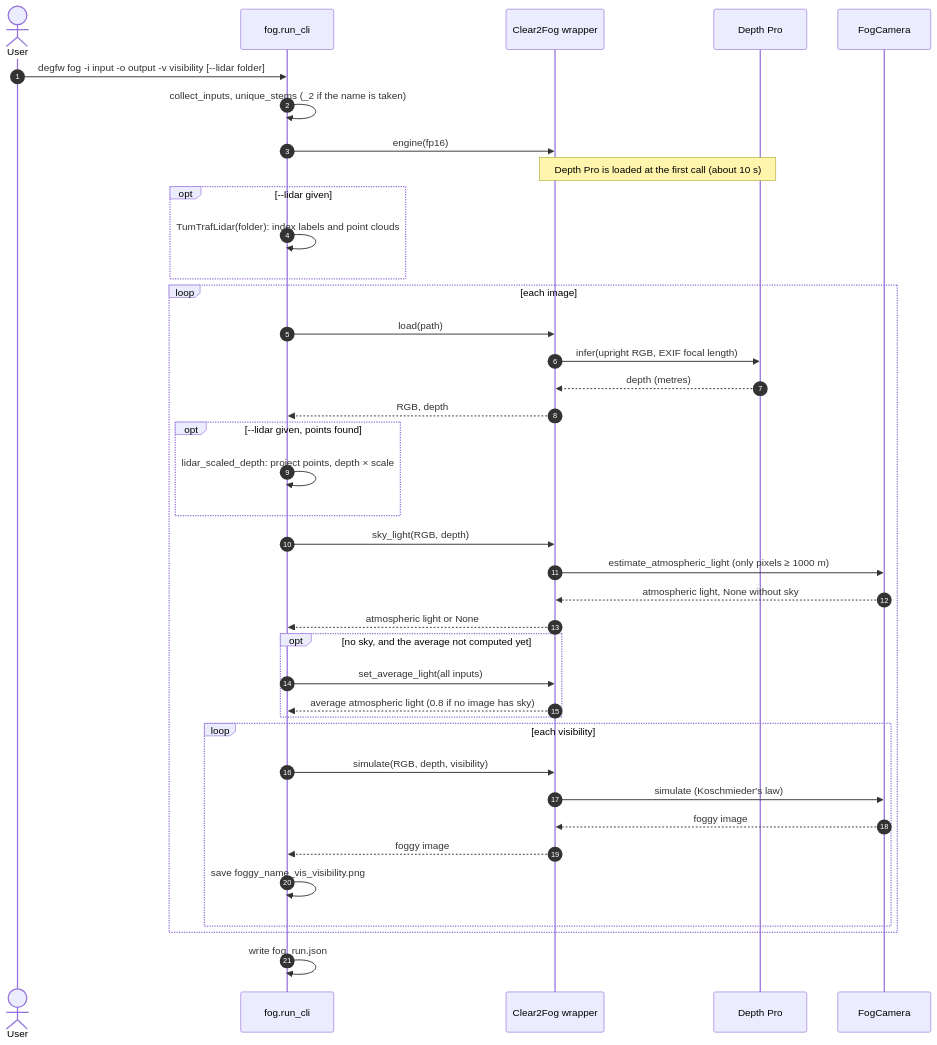
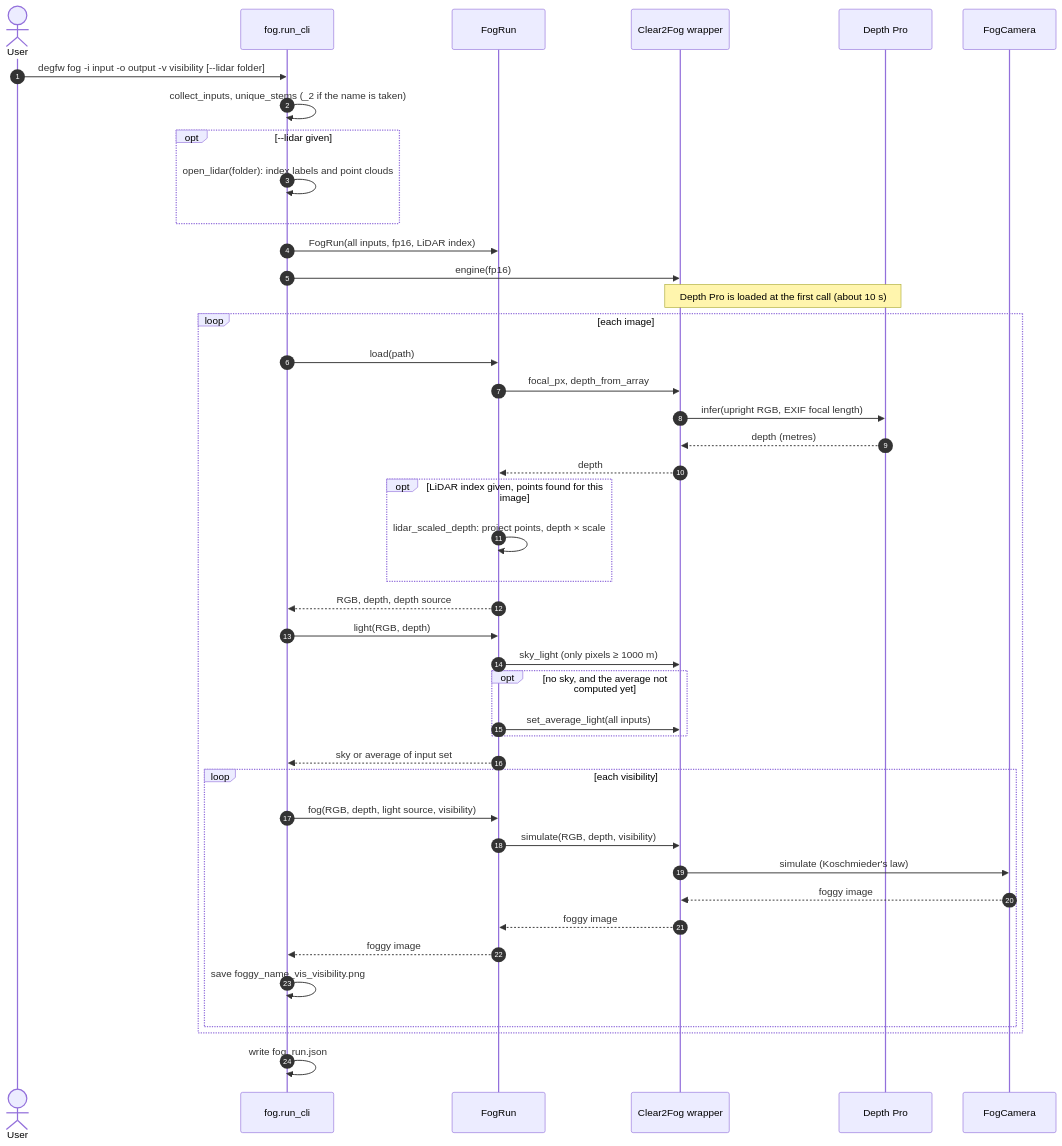
The fourth of 4 diagrams in doc_EN/architecture.md (Tommy6015/degradation-framework), drawn with Mermaid before and after one commit. The commit also changed other lines of this file and 38 other files, not shown here.

````diff
--- a/doc_EN/architecture.md
+++ b/doc_EN/architecture.md
@@ -244,42 +269,46 @@
 ```mermaid
 sequenceDiagram
     autonumber
     actor UF as User
     participant F as fog.run_cli
+    participant FR as FogRun
     participant E as Clear2Fog wrapper
     participant DP as Depth Pro
     participant FC as FogCamera
 
     UF->>F: degfw fog -i input -o output -v visibility [--lidar folder]
     F->>F: collect_inputs, unique_stems (_2 if the name is taken)
+    opt --lidar given
+        F->>F: open_lidar(folder): index labels and point clouds
+    end
+    F->>FR: FogRun(all inputs, fp16, LiDAR index)
     F->>E: engine(fp16)
     Note over E,DP: Depth Pro is loaded at the first call (about 10 s)
-    opt --lidar given
-        F->>F: TumTrafLidar(folder): index labels and point clouds
-    end
     loop each image
-        F->>E: load(path)
+        F->>FR: load(path)
+        FR->>E: focal_px, depth_from_array
         E->>DP: infer(upright RGB, EXIF focal length)
         DP-->>E: depth (metres)
-        E-->>F: RGB, depth
-        opt --lidar given, points found
-            F->>F: lidar_scaled_depth: project points, depth × scale
+        E-->>FR: depth
+        opt LiDAR index given, points found for this image
+            FR->>FR: lidar_scaled_depth: project points, depth × scale
         end
-        F->>E: sky_light(RGB, depth)
-        E->>FC: estimate_atmospheric_light (only pixels ≥ 1000 m)
-        FC-->>E: atmospheric light, None without sky
-        E-->>F: atmospheric light or None
+        FR-->>F: RGB, depth, depth source
+        F->>FR: light(RGB, depth)
+        FR->>E: sky_light (only pixels ≥ 1000 m)
         opt no sky, and the average not computed yet
-            F->>E: set_average_light(all inputs)
-            E-->>F: average atmospheric light (0.8 if no image has sky)
+            FR->>E: set_average_light(all inputs)
         end
+        FR-->>F: sky or average of input set
         loop each visibility
-            F->>E: simulate(RGB, depth, visibility)
+            F->>FR: fog(RGB, depth, light source, visibility)
+            FR->>E: simulate(RGB, depth, visibility)
             E->>FC: simulate (Koschmieder's law)
             FC-->>E: foggy image
-            E-->>F: foggy image
+            E-->>FR: foggy image
+            FR-->>F: foggy image
             F->>F: save foggy_name_vis_visibility.png
         end
     end
     F->>F: write fog_run.json
 ```
````
